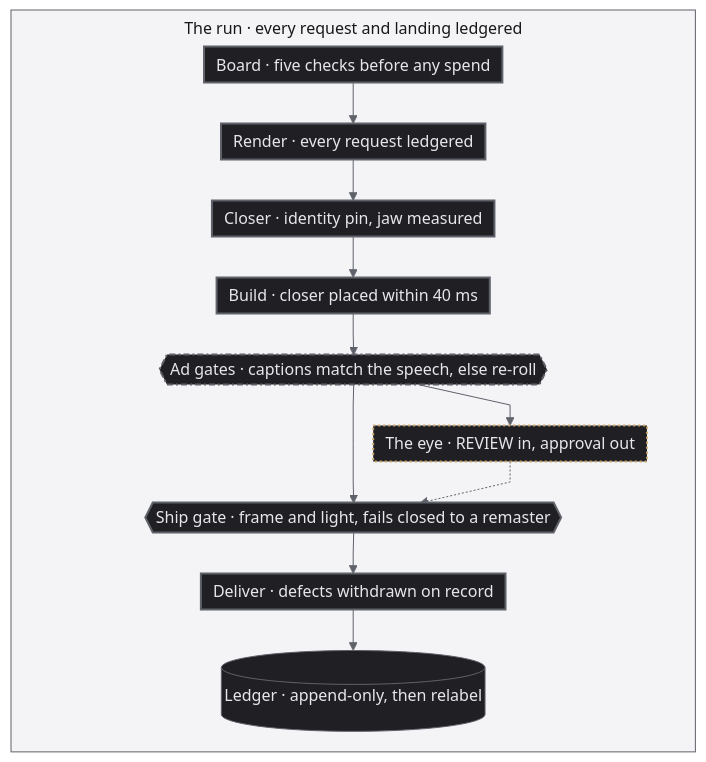
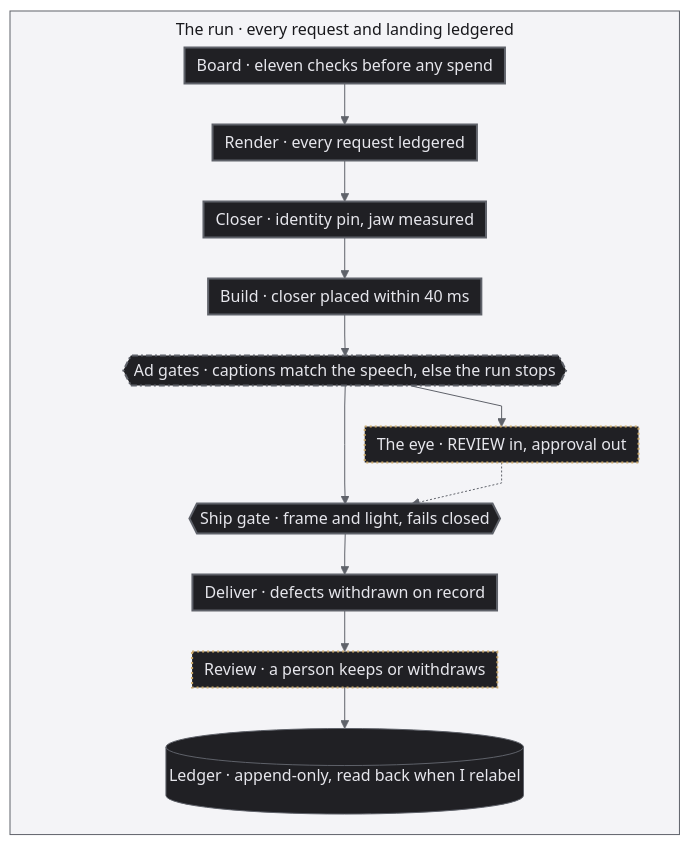
Before and after one commit to jameswniu/autonomous-ads-pipeline-multimodal-evals: the diagram in README.md, drawn with Mermaid. The commit also changed other lines of this file and 5 other files, not shown here.

````diff
--- a/README.md
+++ b/README.md
@@ -336,30 +336,31 @@
 ```mermaid
 %%{init: {'flowchart': {'curve': 'linear', 'nodeSpacing': 20, 'rankSpacing': 16, 'padding': 6, 'diagramPadding': 2, 'wrappingWidth': 520, 'subGraphTitleMargin': {'top': 6, 'bottom': 10}}, 'themeVariables': {'fontSize': '16px', 'lineColor': '#5f626a', 'edgeLabelBackground': '#ffffff', 'clusterBkg': '#f4f4f7', 'clusterBorder': '#5f626a', 'titleColor': '#18181c'}}}%%
 flowchart TD
     subgraph RUN["The run · every request and landing ledgered"]
         direction TB
-        AG{{"Ad gates · captions match the speech, else re-roll"}}
+        AG{{"Ad gates · captions match the speech, else the run stops"}}
         %% GH is an invisible twin of the eye, it balances the spine so the steps stay in one column
         AG ~~~ GH["The eye · REVIEW in, approval out"]
         GH ~~~ SG
-        B["Board · five checks before any spend"] --> R["Render · every request ledgered"] --> C["Closer · identity pin, jaw measured"] --> BU["Build · closer placed within 40 ms"] --> AG --> SG{{"Ship gate · frame and light, fails closed to a remaster"}} --> D["Deliver · defects withdrawn on record"]
-        D --> L[("Ledger · append-only, then relabel")]
+        B["Board · eleven checks before any spend"] --> R["Render · every request ledgered"] --> C["Closer · identity pin, jaw measured"] --> BU["Build · closer placed within 40 ms"] --> AG --> SG{{"Ship gate · frame and light, fails closed"}} --> D["Deliver · defects withdrawn on record"]
+        D --> RV["Review · a person keeps or withdraws"]
+        RV --> L[("Ledger · append-only, read back when I relabel")]
         AG --> EYE["The eye · REVIEW in, approval out"]
         EYE -.-> SG
     end
 
     classDef run fill:#202024,stroke:#5f626a,color:#e6e6ec
     classDef process fill:#202024,stroke:#5f626a,stroke-width:2px,color:#e6e6ec
     classDef outcome fill:#202024,stroke:#5f626a,stroke-width:2px,stroke-dasharray:6 3,color:#e6e6ec
     classDef quality fill:#202024,stroke:#c9a86a,stroke-width:2px,stroke-dasharray:2 3,color:#e6e6ec
     classDef shared fill:#202024,stroke:#5f626a,stroke-width:2px,stroke-dasharray:6 3 2 3,color:#e6e6ec
     classDef ghost fill:none,stroke:none,color:transparent
     class L run
     class B,R,C,BU,SG,D process
     class AG outcome
     class AG quality
     class AG shared
-    class EYE quality
+    class EYE,RV quality
     class GH ghost
     style RUN fill:#f4f4f7,stroke:#5f626a,color:#18181c
 ```
````
